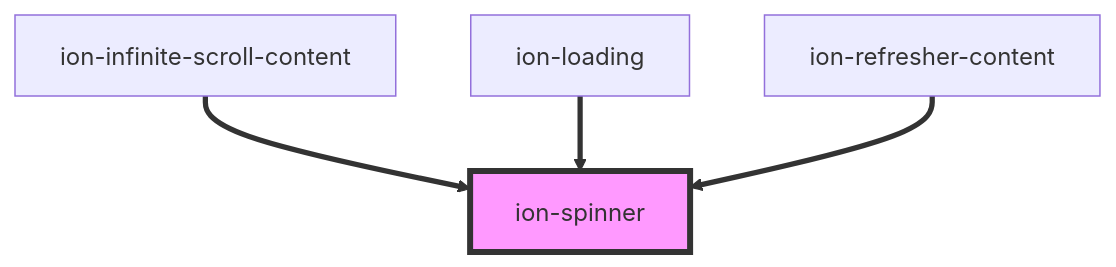
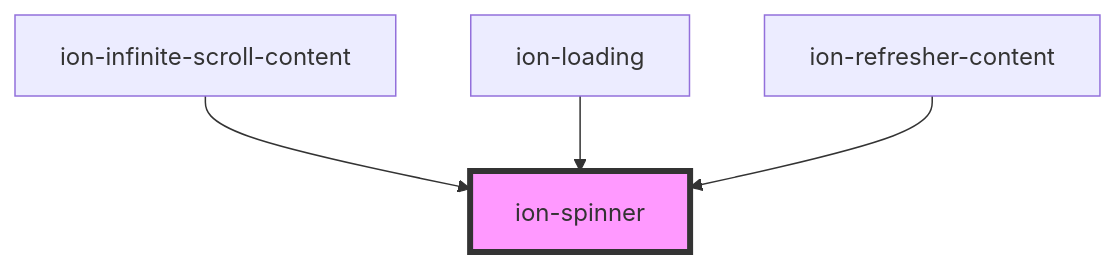
The diagram in core/src/components/spinner/readme.md (ionic-team/ionic-framework), drawn with Mermaid before and after one commit. The commit also changed other lines of this file and 39 other files, not shown here.

````diff
--- a/core/src/components/spinner/readme.md
+++ b/core/src/components/spinner/readme.md
@@ -135,7 +135,7 @@
 ```mermaid
 graph TD;
-  ion-infinite-scroll-content ==> ion-spinner
-  ion-loading ==> ion-spinner
-  ion-refresher-content ==> ion-spinner
+  ion-infinite-scroll-content --> ion-spinner
+  ion-loading --> ion-spinner
+  ion-refresher-content --> ion-spinner
   style ion-spinner fill:#f9f,stroke:#333,stroke-width:4px
 ```
````
